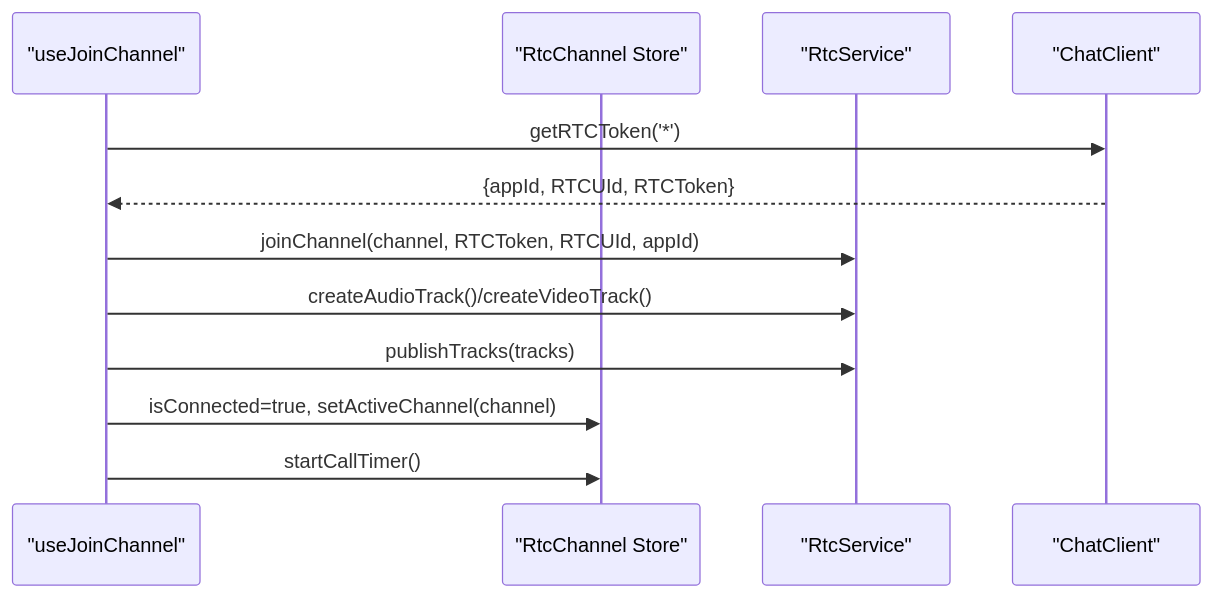
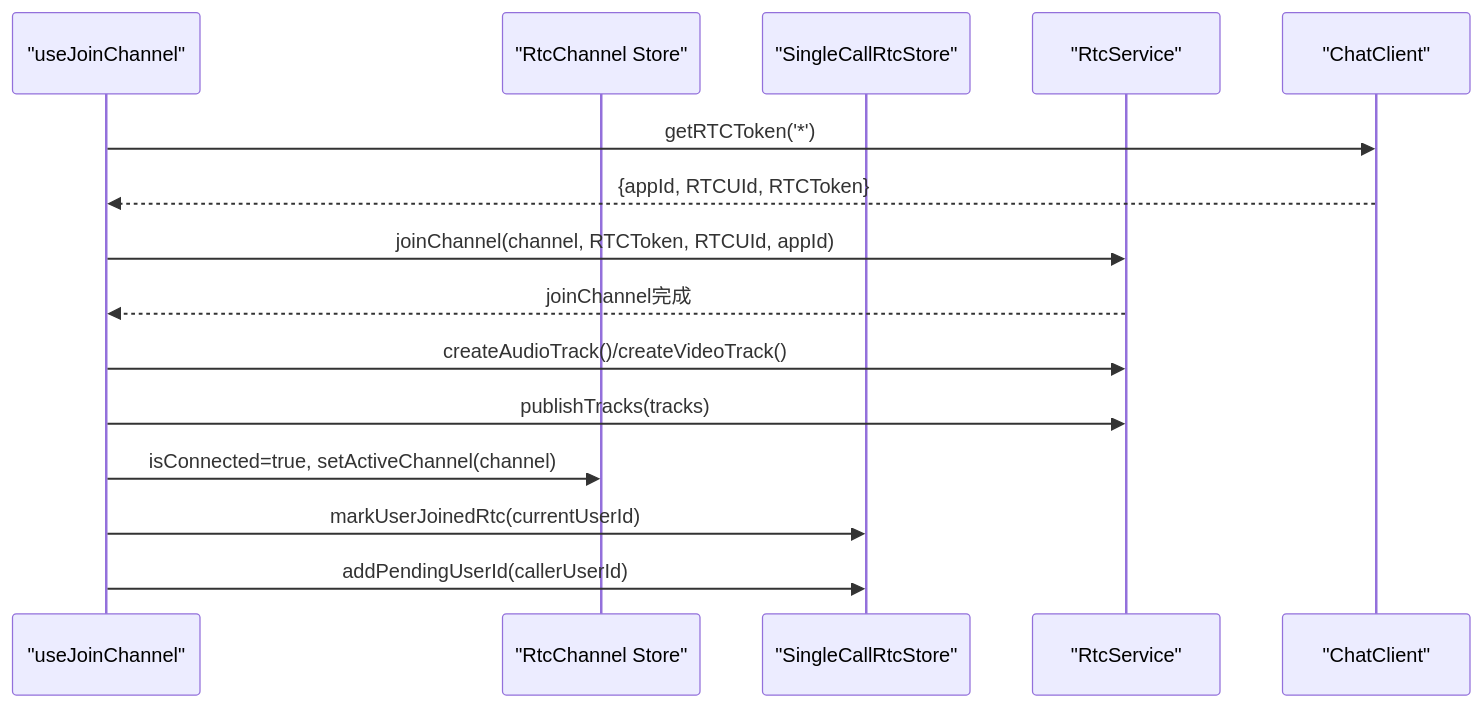
Before and after one commit to Easemob-Community/easemob-uikit-callkit-vue3: the fifth of 6 diagrams in .qoder/repowiki/zh/content/状态管理/RtcChannel Store.md, drawn with Mermaid. The commit also changed other lines of this file and 54 other files, not shown here.

````diff
--- a/.qoder/repowiki/zh/content/状态管理/RtcChannel Store.md
+++ b/.qoder/repowiki/zh/content/状态管理/RtcChannel Store.md
@@ -259,14 +293,17 @@
 ```mermaid
 sequenceDiagram
 participant Hook as "useJoinChannel"
 participant Store as "RtcChannel Store"
+participant SingleStore as "SingleCallRtcStore"
 participant Svc as "RtcService"
 participant Chat as "ChatClient"
 Hook->>Chat : getRTCToken('*')
 Chat-->>Hook : {appId, RTCUId, RTCToken}
 Hook->>Svc : joinChannel(channel, RTCToken, RTCUId, appId)
+Svc-->>Hook : joinChannel完成
 Hook->>Svc : createAudioTrack()/createVideoTrack()
 Hook->>Svc : publishTracks(tracks)
 Hook->>Store : isConnected=true, setActiveChannel(channel)
-Hook->>Store : startCallTimer()
+Hook->>SingleStore : markUserJoinedRtc(currentUserId)
+Hook->>SingleStore : addPendingUserId(callerUserId)
 ```
````
